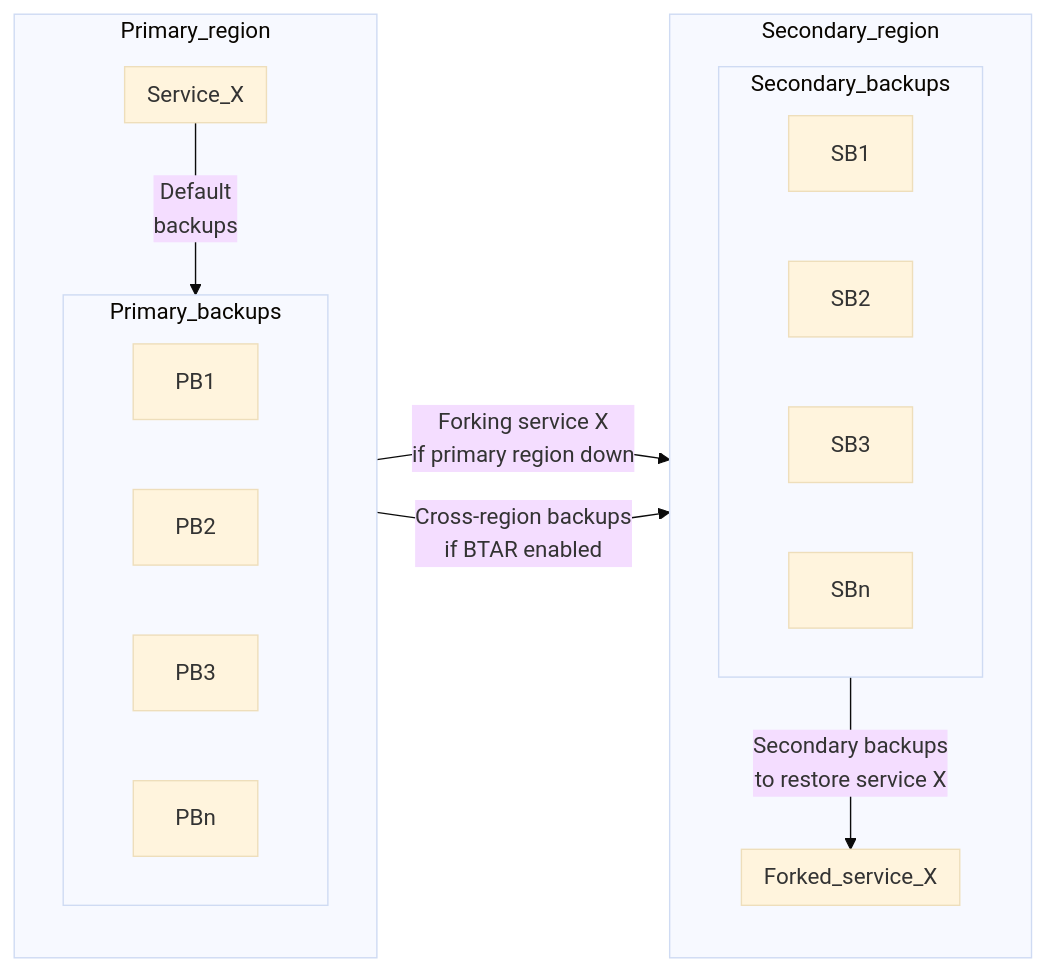
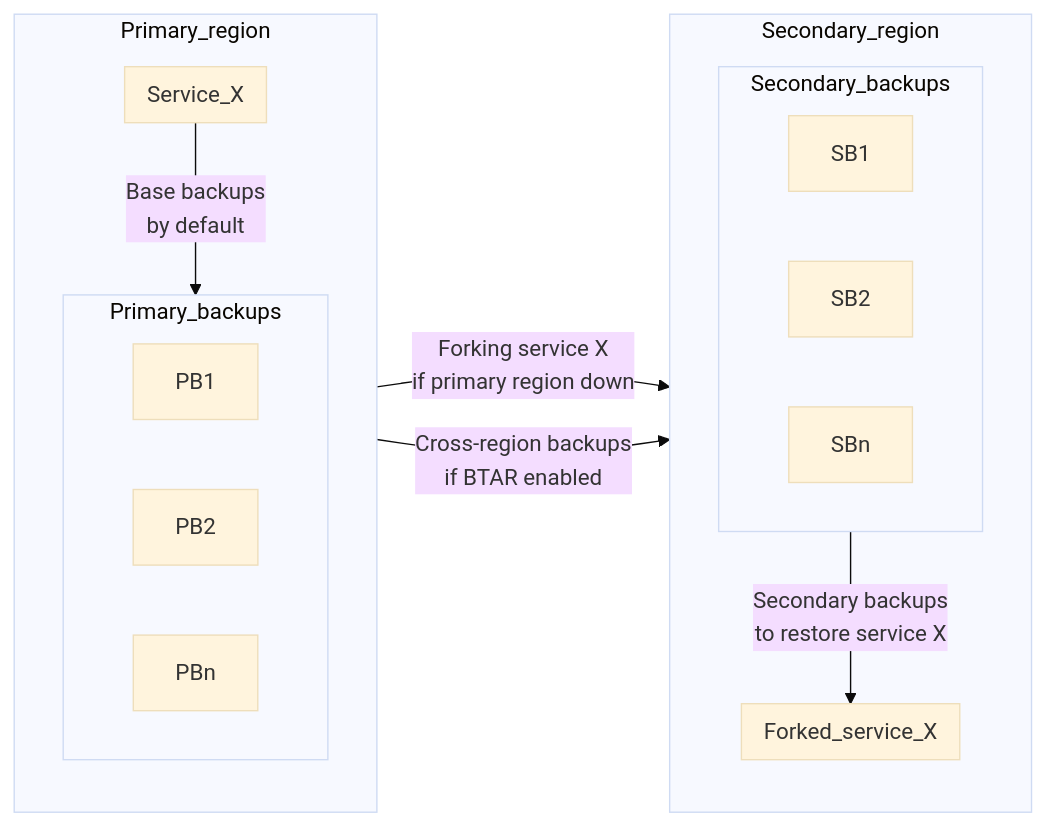
Before and after one commit to aiven/aiven-docs: the first of 2 diagrams in docs/platform/concepts/backup-to-another-region.md, drawn with Mermaid (base theme). The commit also changed other lines of this file, not shown here.

Commit message:
feat: OpenSearch BTAR (#979)

````diff
--- a/docs/platform/concepts/backup-to-another-region.md
+++ b/docs/platform/concepts/backup-to-another-region.md
@@ -43,31 +82,29 @@
 ```mermaid
 flowchart LR
     subgraph Primary_region
         direction TB
         subgraph Service_X
             end
         subgraph Primary_backups
             direction LR
             PB1
             PB2
-            PB3
             PBn
             end
         end
     subgraph Secondary_region
         direction TB
         subgraph Forked_service_X
             end
         subgraph Secondary_backups
             direction LR
             SB1
             SB2
-            SB3
             SBn
             end
         end
-    Service_X -- Default \n backups --> Primary_backups
-    Primary_backups -- Cross-region backups \n if BTAR  enabled --> Secondary_backups
-    Secondary_backups -- Secondary backups \n to restore service X --> Forked_service_X
-    Service_X -- Forking service X \n if primary region down --> Forked_service_X
+    Service_X -- Base backups<br/>by default --> Primary_backups
+    Primary_backups -- Cross-region backups<br/>if BTAR  enabled --> Secondary_backups
+    Secondary_backups -- Secondary backups<br/>to restore service X --> Forked_service_X
+    Service_X -- Forking service X<br/>if primary region down --> Forked_service_X
 ```
````
